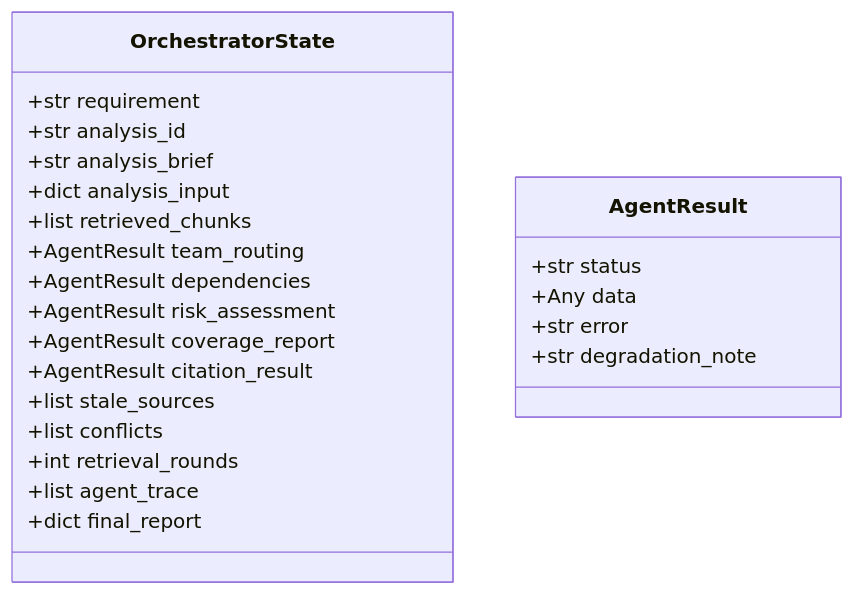
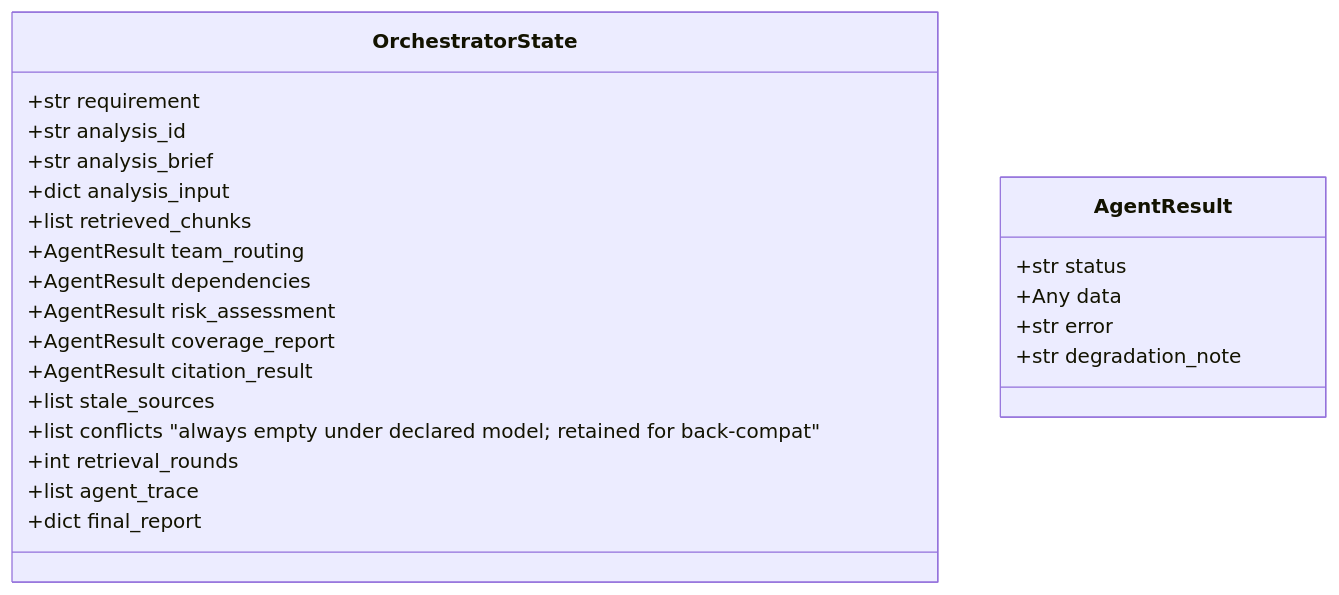
One commit to gurungabit/prism changed the third of 4 diagrams in docs/agents.md. Above: the diagram before and after it, drawn with Mermaid. The commit also changed other lines of this file and 261 other files, not shown here.

````diff
--- a/docs/agents.md
+++ b/docs/agents.md
@@ -167,27 +170,27 @@
 ```mermaid
 classDiagram
     class OrchestratorState {
         +str requirement
         +str analysis_id
         +str analysis_brief
         +dict analysis_input
         +list retrieved_chunks
         +AgentResult team_routing
         +AgentResult dependencies
         +AgentResult risk_assessment
         +AgentResult coverage_report
         +AgentResult citation_result
         +list stale_sources
-        +list conflicts
+        +list conflicts  "always empty under declared model; retained for back-compat"
         +int retrieval_rounds
         +list agent_trace
         +dict final_report
     }
 
     class AgentResult {
         +str status
         +Any data
         +str error
         +str degradation_note
     }
 ```
````
